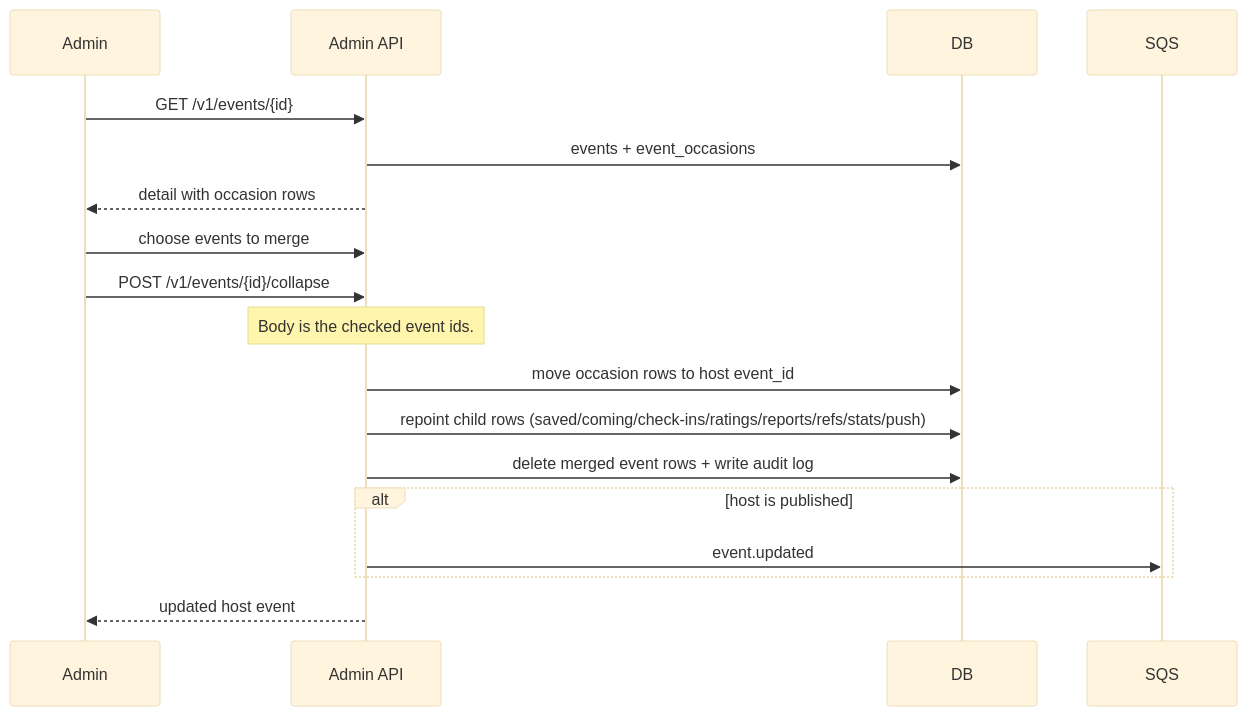
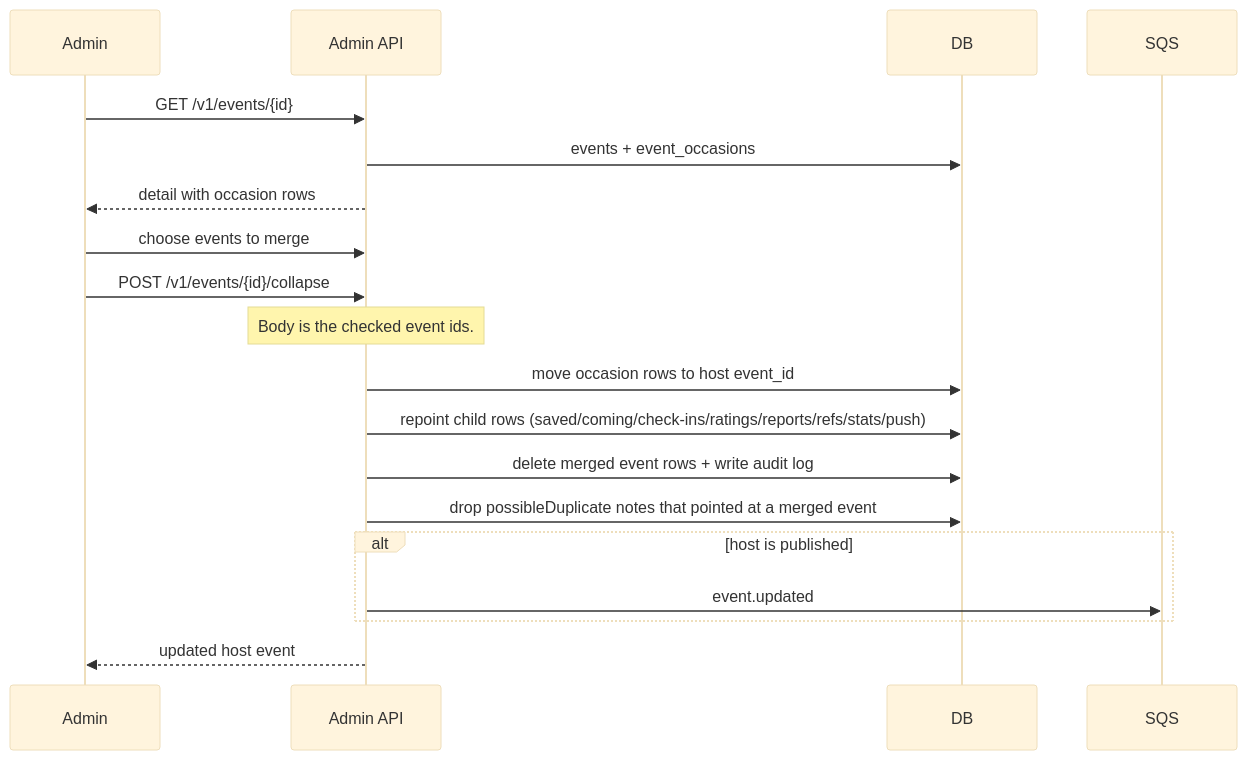
Before and after one commit to BradleySmallbottoms/evently: the diagram in docs/flows/admin-collapse-occasions.md, drawn with Mermaid (base theme). The commit also changed other lines of this file and 32 other files, not shown here.

````diff
--- a/docs/flows/admin-collapse-occasions.md
+++ b/docs/flows/admin-collapse-occasions.md
@@ -11,20 +12,21 @@
 ```mermaid
 sequenceDiagram
   participant Admin
   participant API as Admin API
   participant DB
   participant SQS
   Admin->>API: GET /v1/events/{id}
   API->>DB: events + event_occasions
   API-->>Admin: detail with occasion rows
   Admin->>API: choose events to merge
   Admin->>API: POST /v1/events/{id}/collapse
   Note over API: Body is the checked event ids.
   API->>DB: move occasion rows to host event_id
   API->>DB: repoint child rows (saved/coming/check-ins/ratings/reports/refs/stats/push)
   API->>DB: delete merged event rows + write audit log
+  API->>DB: drop possibleDuplicate notes that pointed at a merged event
   alt host is published
     API->>SQS: event.updated
   end
   API-->>Admin: updated host event
 ```
````
